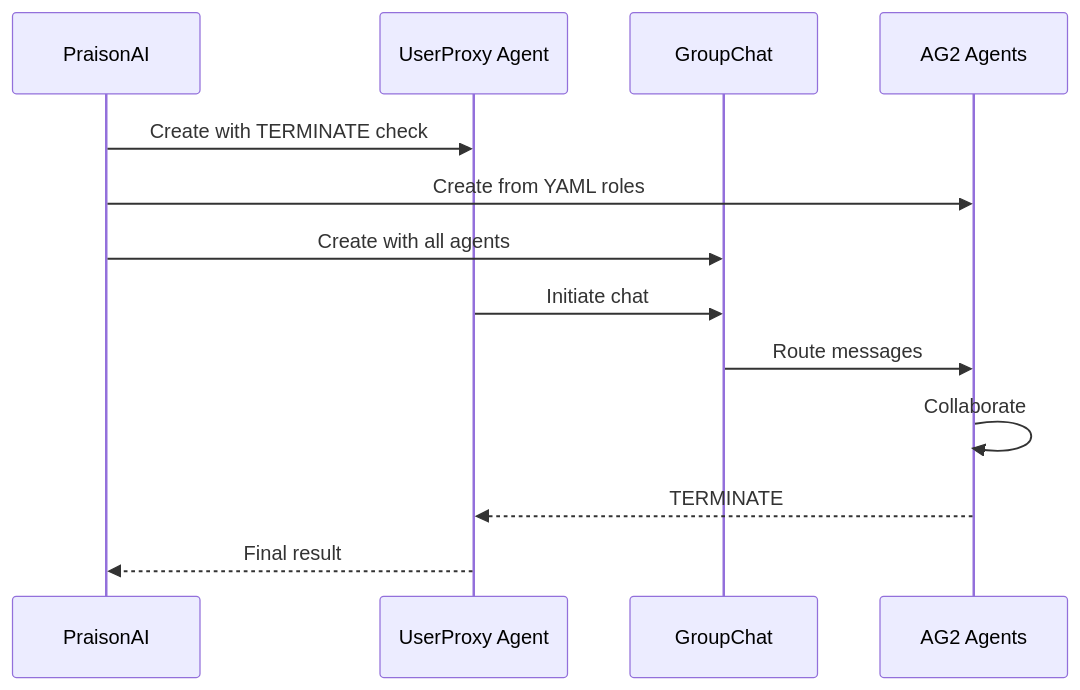
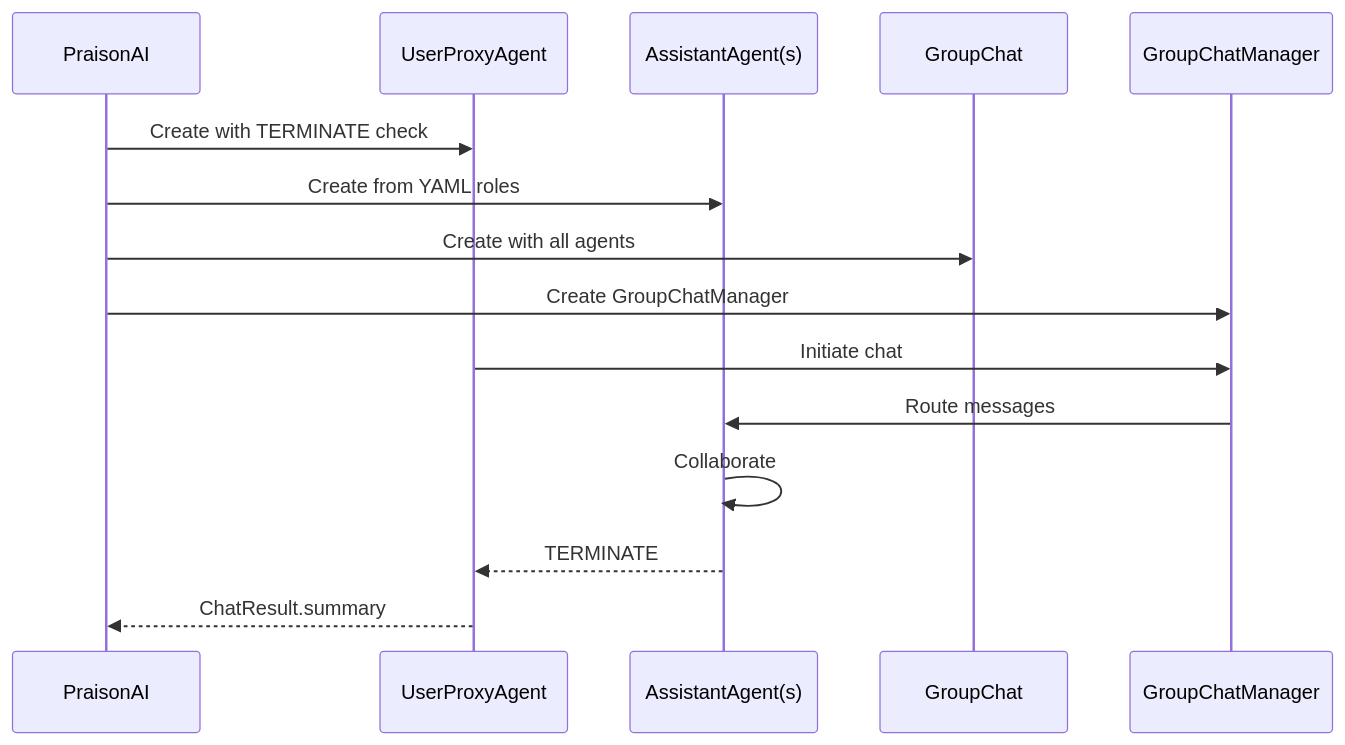
The fourth of 4 diagrams in docs/framework/autogen.mdx (MervinPraison/PraisonAIDocs), drawn with Mermaid before and after one commit. The commit also changed other lines of this file and 5 other files, not shown here.

````diff
--- a/docs/framework/autogen.mdx
+++ b/docs/framework/autogen.mdx
@@ -96,16 +175,18 @@
 ```mermaid
 sequenceDiagram
     participant PraisonAI
-    participant UserProxy as UserProxy Agent
+    participant UserProxy as UserProxyAgent
+    participant Assistants as AssistantAgent(s)
     participant GroupChat
-    participant Agents as AG2 Agents
+    participant Manager as GroupChatManager
 
     PraisonAI->>UserProxy: Create with TERMINATE check
-    PraisonAI->>Agents: Create from YAML roles
+    PraisonAI->>Assistants: Create from YAML roles
     PraisonAI->>GroupChat: Create with all agents
-    UserProxy->>GroupChat: Initiate chat
-    GroupChat->>Agents: Route messages
-    Agents->>Agents: Collaborate
-    Agents-->>UserProxy: TERMINATE
-    UserProxy-->>PraisonAI: Final result
+    PraisonAI->>Manager: Create GroupChatManager
+    UserProxy->>Manager: Initiate chat
+    Manager->>Assistants: Route messages
+    Assistants->>Assistants: Collaborate
+    Assistants-->>UserProxy: TERMINATE
+    UserProxy-->>PraisonAI: ChatResult.summary
 ```
````
